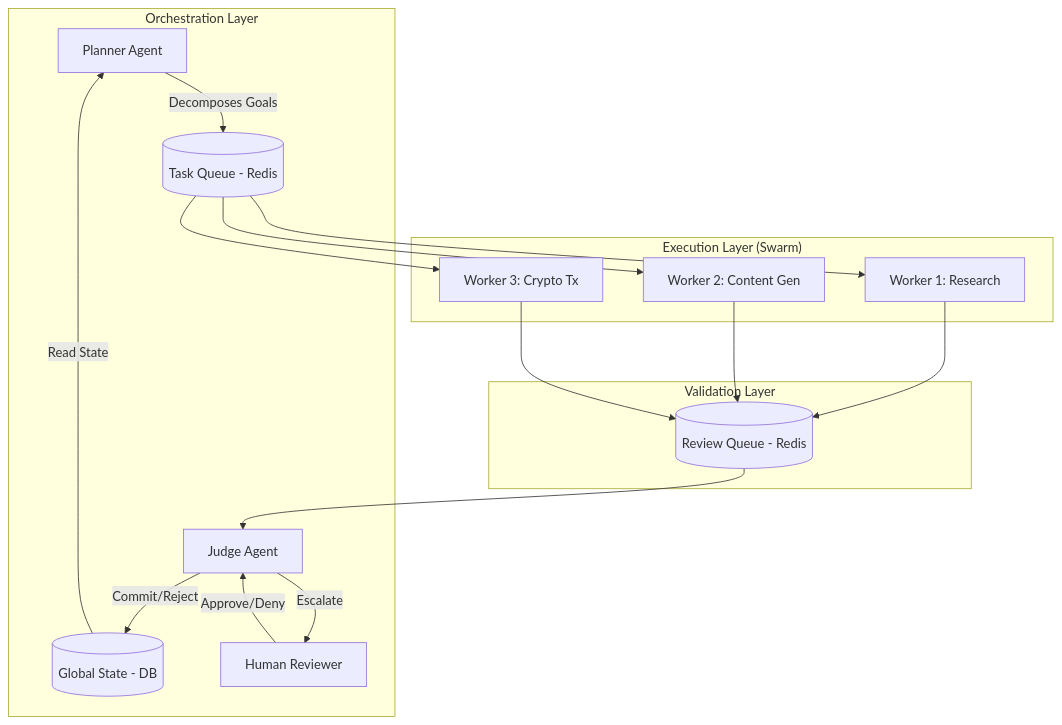
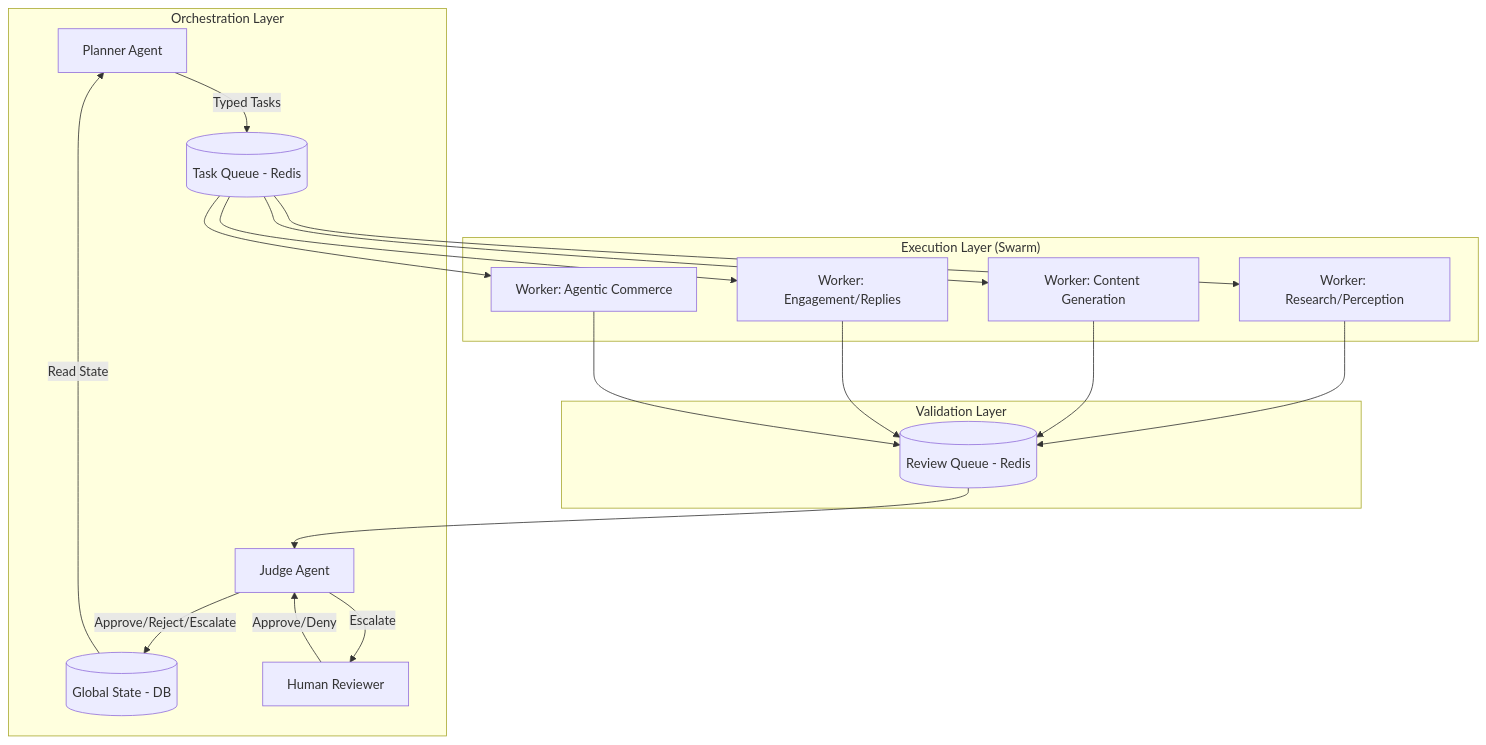
Before and after one commit to leuel-a/chimera: the first of 3 diagrams in research/architecture_strategy.md, drawn with Mermaid. The commit also changed other lines of this file, not shown here.

Commit message:
Refine architecture strategy documentation for Project Chimera, emphasizing the FastRender Swarm model and its components. Update agent roles, task lifecycle, and governance protocols to enhance clarity and detail.

````diff
--- a/research/architecture_strategy.md
+++ b/research/architecture_strategy.md
@@ -37,24 +46,26 @@
 ```mermaid
 graph TD
-    subgraph "Orchestration Layer"
-        P[Planner Agent] -->|Decomposes Goals| TQ[(Task Queue - Redis)]
-        J[Judge Agent] -->|Commit/Reject| GS[(Global State - DB)]
-        J -->|Escalate| HITL[Human Reviewer]
-    end
+  subgraph "Orchestration Layer"
+    P[Planner Agent] -->|Typed Tasks| TQ[(Task Queue - Redis)]
+    J[Judge Agent] -->|Approve/Reject/Escalate| GS[(Global State - DB)]
+    J -->|Escalate| HITL[Human Reviewer]
+  end
 
-    subgraph "Execution Layer (Swarm)"
-        TQ --> W1[Worker 1: Research]
-        TQ --> W2[Worker 2: Content Gen]
-        TQ --> W3[Worker 3: Crypto Tx]
-    end
+  subgraph "Execution Layer (Swarm)"
+    TQ --> W1[Worker: Research/Perception]
+    TQ --> W2[Worker: Content Generation]
+    TQ --> W3[Worker: Engagement/Replies]
+    TQ --> W4[Worker: Agentic Commerce]
+  end
 
-    subgraph "Validation Layer"
-        W1 --> RQ[(Review Queue - Redis)]
-        W2 --> RQ
-        W3 --> RQ
-        RQ --> J
-    end
+  subgraph "Validation Layer"
+    W1 --> RQ[(Review Queue - Redis)]
+    W2 --> RQ
+    W3 --> RQ
+    W4 --> RQ
+    RQ --> J
+  end
 
-    GS -->|Read State| P
-    HITL -->|Approve/Deny| J
+  GS -->|Read State| P
+  HITL -->|Approve/Deny| J
 ```
````
